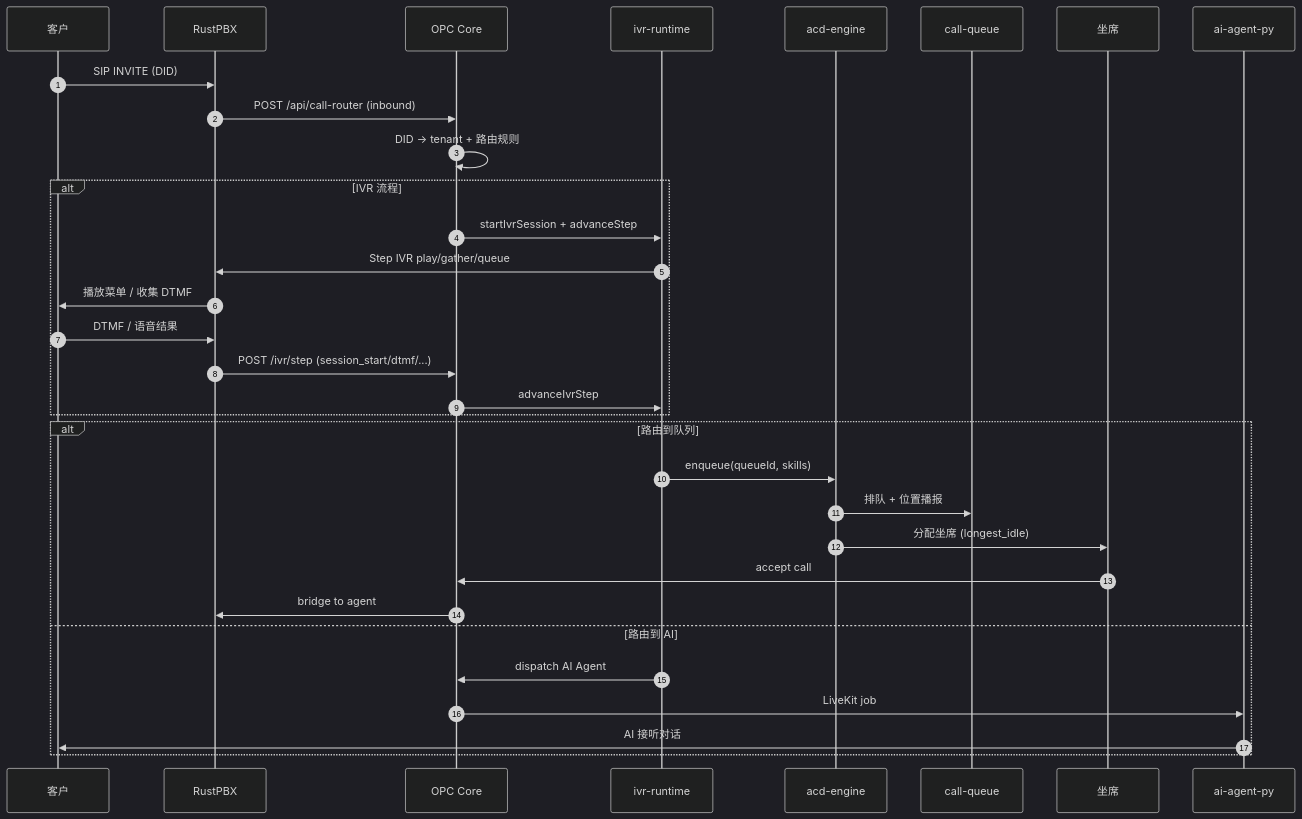
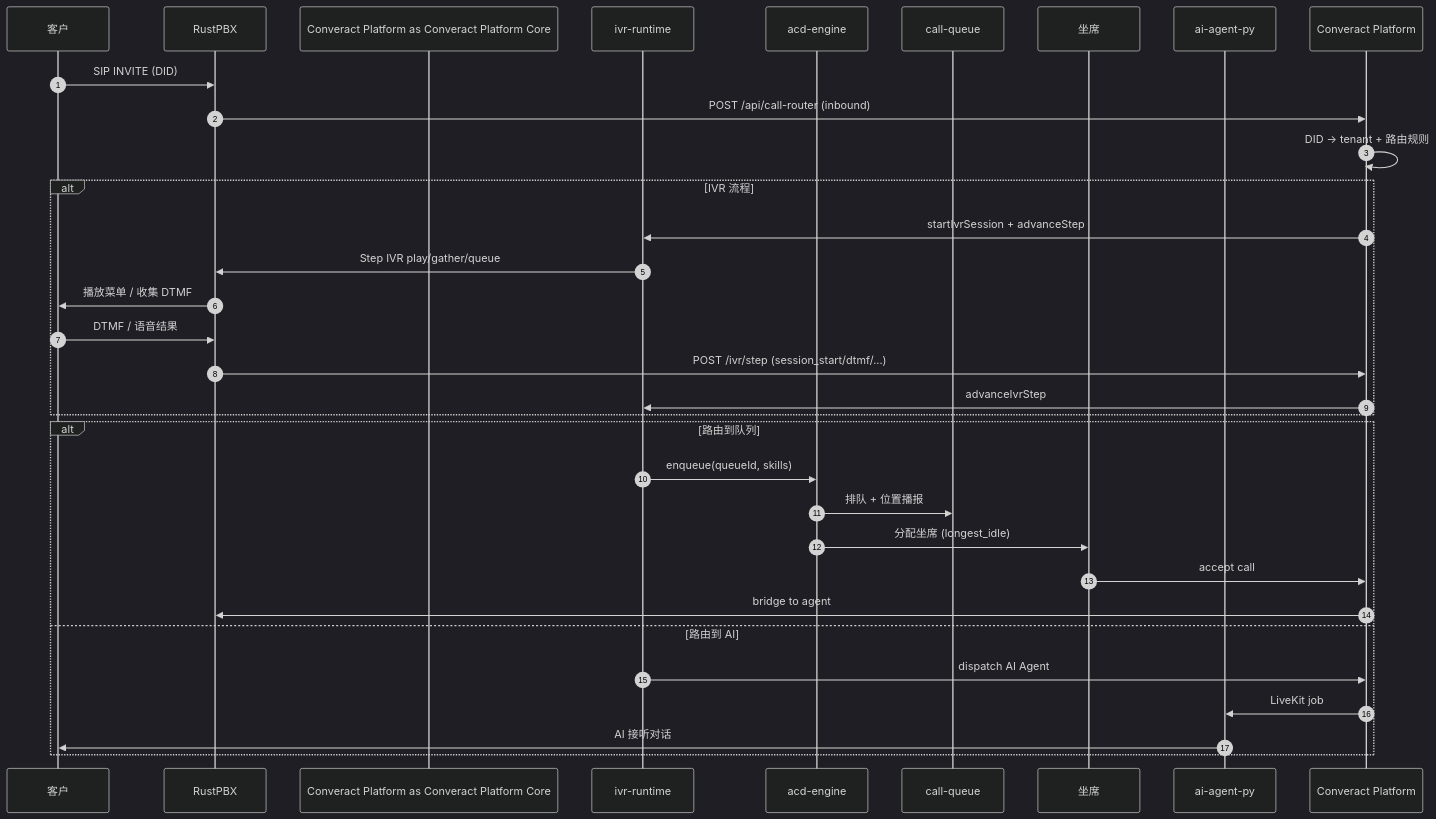
One commit to songgoldenwind-crypto/converact-platform changed the ninth of 16 diagrams in docs/design/super-contact-center-platform-vision.md. Above: the diagram before and after it, drawn with Mermaid (dark theme). The commit also changed other lines of this file and 1807 other files, not shown here.

````diff
--- a/docs/design/super-contact-center-platform-vision.md
+++ b/docs/design/super-contact-center-platform-vision.md
@@ -1000,35 +1000,35 @@
 ```mermaid
 sequenceDiagram
   autonumber
   participant Cust as 客户
   participant RPBX as RustPBX
-  participant OPC as OPC Core
+  participant Converact Platform as Converact Platform Core
   participant IVR as ivr-runtime
   participant ACD as acd-engine
   participant Q as call-queue
   participant Seat as 坐席
   participant Agent as ai-agent-py
 
   Cust->>RPBX: SIP INVITE (DID)
-  RPBX->>OPC: POST /api/call-router (inbound)
-  OPC->>OPC: DID → tenant + 路由规则
+  RPBX->>Converact Platform: POST /api/call-router (inbound)
+  Converact Platform->>Converact Platform: DID → tenant + 路由规则
   alt IVR 流程
-    OPC->>IVR: startIvrSession + advanceStep
+    Converact Platform->>IVR: startIvrSession + advanceStep
     IVR->>RPBX: Step IVR play/gather/queue
     RPBX->>Cust: 播放菜单 / 收集 DTMF
     Cust->>RPBX: DTMF / 语音结果
-    RPBX->>OPC: POST /ivr/step (session_start/dtmf/...)
-    OPC->>IVR: advanceIvrStep
+    RPBX->>Converact Platform: POST /ivr/step (session_start/dtmf/...)
+    Converact Platform->>IVR: advanceIvrStep
   end
   alt 路由到队列
     IVR->>ACD: enqueue(queueId, skills)
     ACD->>Q: 排队 + 位置播报
     ACD->>Seat: 分配坐席 (longest_idle)
-    Seat->>OPC: accept call
-    OPC->>RPBX: bridge to agent
+    Seat->>Converact Platform: accept call
+    Converact Platform->>RPBX: bridge to agent
   else 路由到 AI
-    IVR->>OPC: dispatch AI Agent
-    OPC->>Agent: LiveKit job
+    IVR->>Converact Platform: dispatch AI Agent
+    Converact Platform->>Agent: LiveKit job
     Agent->>Cust: AI 接听对话
   end
 ```
````
